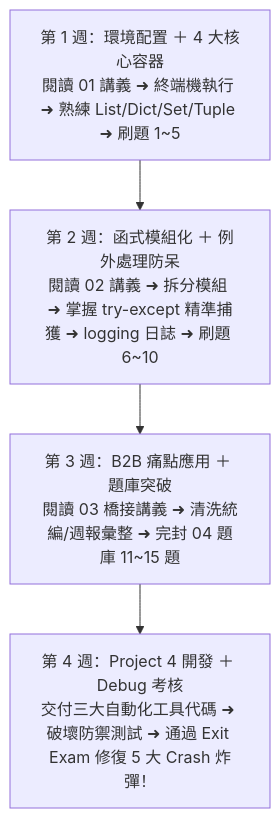
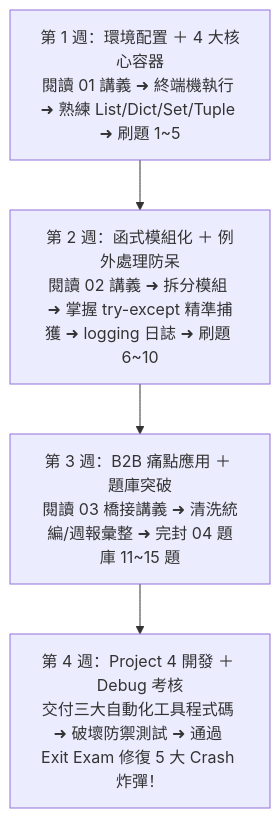
The diagram in 轉職計畫/04_Month04_Python基礎與實用工具/README.md (rosf000/B2B-SQL), drawn with Mermaid before and after one commit. The commit also changed other lines of this file and 48 other files, not shown here.

````diff
--- a/轉職計畫/04_Month04_Python基礎與實用工具/README.md
+++ b/轉職計畫/04_Month04_Python基礎與實用工具/README.md
@@ -9,9 +9,9 @@
 ```mermaid
 flowchart TD
     S1["第 1 週：環境配置 ＋ 4 大核心容器<br/>閱讀 01 講義 ➜ 終端機執行 ➜ 熟練 List/Dict/Set/Tuple ➜ 刷題 1~5"]
     S2["第 2 週：函式模組化 ＋ 例外處理防呆<br/>閱讀 02 講義 ➜ 拆分模組 ➜ 掌握 try-except 精準捕獲 ➜ logging 日誌 ➜ 刷題 6~10"]
     S3["第 3 週：B2B 痛點應用 ＋ 題庫突破<br/>閱讀 03 橋接講義 ➜ 清洗統編/週報彙整 ➜ 完封 04 題庫 11~15 題"]
-    S4["第 4 週：Project 4 開發 ＋ Debug 考核<br/>交付三大自動化工具代碼 ➜ 破壞防禦測試 ➜ 通過 Exit Exam 修復 5 大 Crash 炸彈！"]
+    S4["第 4 週：Project 4 開發 ＋ Debug 考核<br/>交付三大自動化工具程式碼 ➜ 破壞防禦測試 ➜ 通過 Exit Exam 修復 5 大 Crash 炸彈！"]
 
     S1 --> S2 --> S3 --> S4
 ```
````
